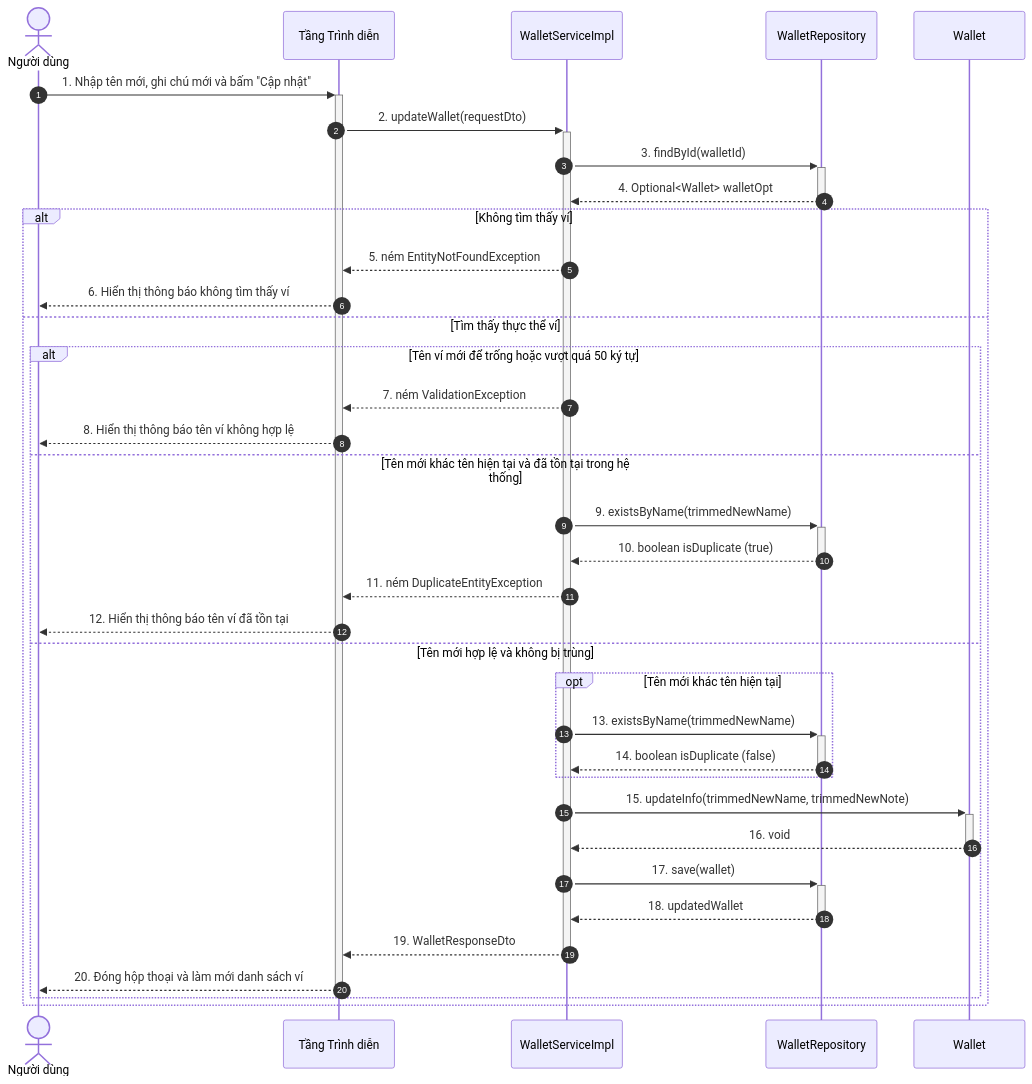
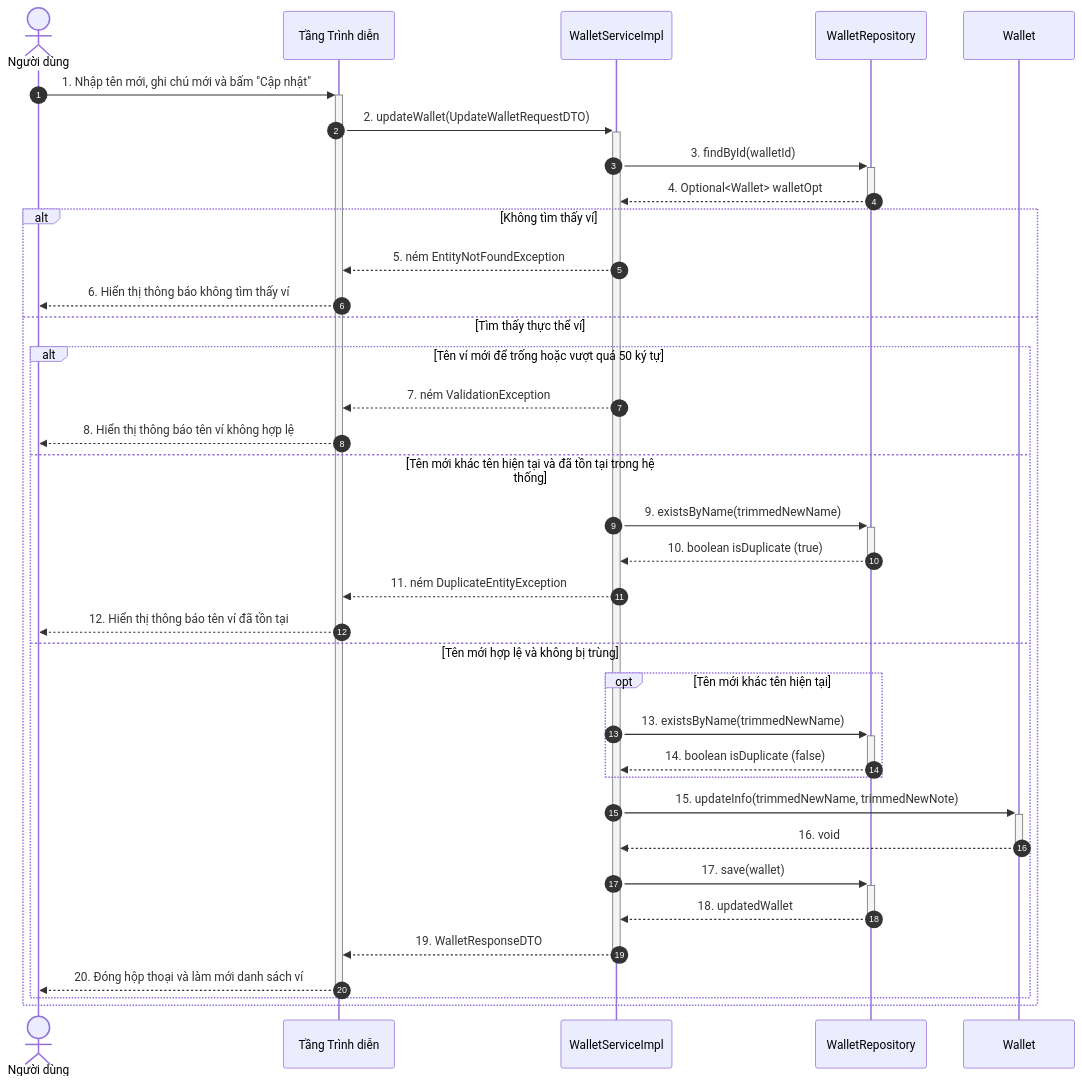
The fourth of 21 diagrams in docs/object-oriented-design/05-so-do-tuong-tac-thiet-ke-sequence-diagram.md (mynhleeh/pfms-oop), drawn with Mermaid before and after one commit. The commit also changed other lines of this file and 3 other files, not shown here.

Commit message:
docs(ood): harmonize service contracts, sequence diagrams, and DTO specifications

````diff
--- a/docs/object-oriented-design/05-so-do-tuong-tac-thiet-ke-sequence-diagram.md
+++ b/docs/object-oriented-design/05-so-do-tuong-tac-thiet-ke-sequence-diagram.md
@@ -166,39 +166,39 @@
 ```mermaid
 sequenceDiagram
     autonumber
     actor User as Người dùng
     participant GUI as Tầng Trình diễn
     participant WalletService as WalletServiceImpl
     participant WalletRepo as WalletRepository
     participant Wallet as Wallet
 
     User->>+GUI: 1. Nhập tên mới, ghi chú mới và bấm "Cập nhật"
-    GUI->>+WalletService: 2. updateWallet(requestDto)
+    GUI->>+WalletService: 2. updateWallet(UpdateWalletRequestDTO)
     WalletService->>+WalletRepo: 3. findById(walletId)
     WalletRepo-->>-WalletService: 4. Optional<Wallet> walletOpt
     alt Không tìm thấy ví
         WalletService-->>GUI: 5. ném EntityNotFoundException
         GUI-->>User: 6. Hiển thị thông báo không tìm thấy ví
     else Tìm thấy thực thể ví
         alt Tên ví mới để trống hoặc vượt quá 50 ký tự
             WalletService-->>GUI: 7. ném ValidationException
             GUI-->>User: 8. Hiển thị thông báo tên ví không hợp lệ
         else Tên mới khác tên hiện tại và đã tồn tại trong hệ thống
             WalletService->>+WalletRepo: 9. existsByName(trimmedNewName)
             WalletRepo-->>-WalletService: 10. boolean isDuplicate (true)
             WalletService-->>GUI: 11. ném DuplicateEntityException
             GUI-->>User: 12. Hiển thị thông báo tên ví đã tồn tại
         else Tên mới hợp lệ và không bị trùng
             opt Tên mới khác tên hiện tại
                 WalletService->>+WalletRepo: 13. existsByName(trimmedNewName)
                 WalletRepo-->>-WalletService: 14. boolean isDuplicate (false)
             end
             WalletService->>+Wallet: 15. updateInfo(trimmedNewName, trimmedNewNote)
             Wallet-->>-WalletService: 16. void
             WalletService->>+WalletRepo: 17. save(wallet)
             WalletRepo-->>-WalletService: 18. updatedWallet
-            WalletService-->>-GUI: 19. WalletResponseDto
+            WalletService-->>-GUI: 19. WalletResponseDTO
             GUI-->>-User: 20. Đóng hộp thoại và làm mới danh sách ví
         end
     end
 ```
````
